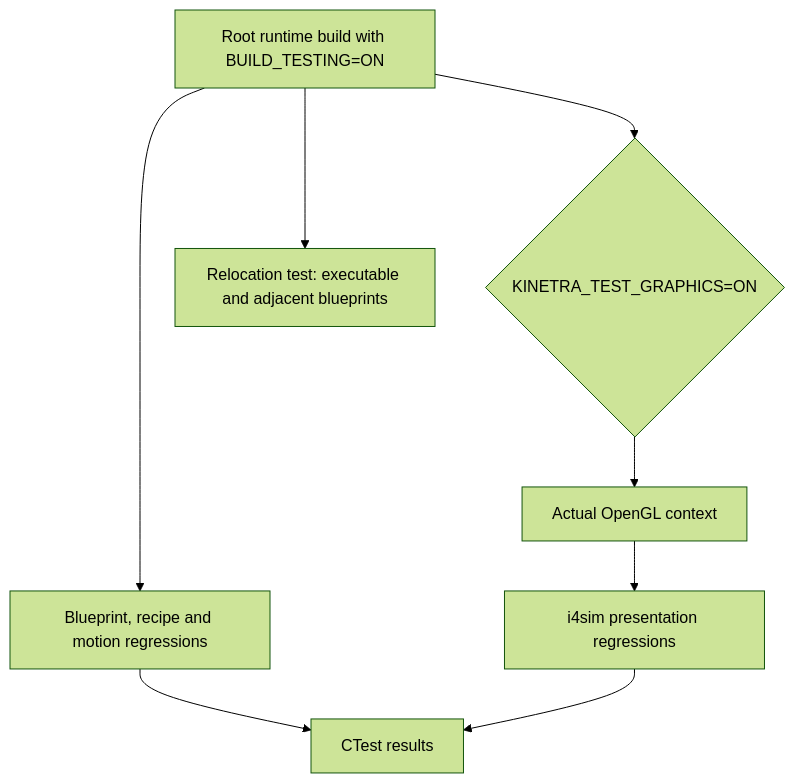
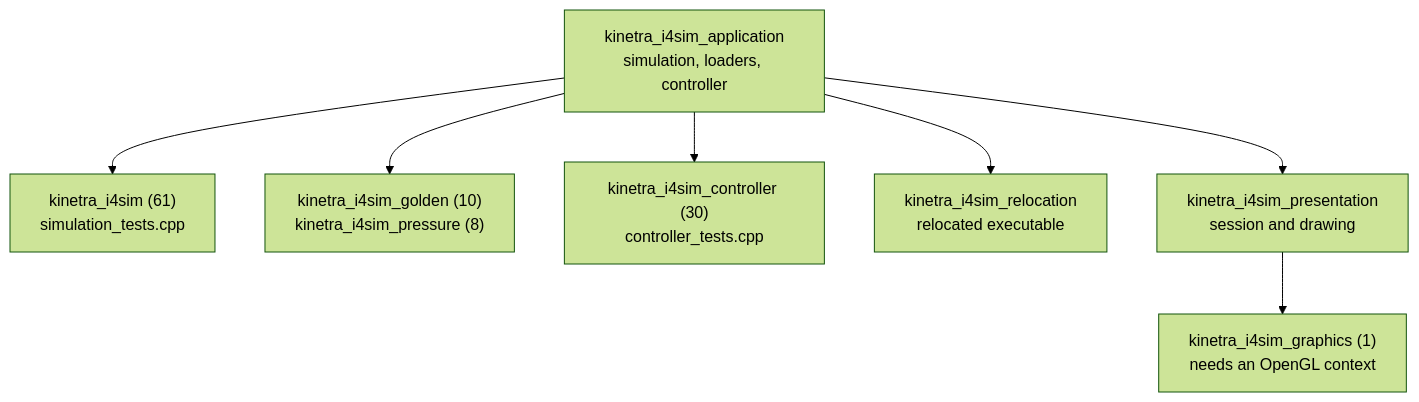
The diagram in labs/i4sim/tests/README.md (SMB-M87/Kinetra-Lab), drawn with Mermaid (forest theme) before and after one commit. The commit also changed other lines of this file and 4 other files, not shown here.

````diff
--- a/labs/i4sim/tests/README.md
+++ b/labs/i4sim/tests/README.md
@@ -17,10 +24,9 @@
 ```mermaid
 flowchart TD
-    Build["Root runtime build with BUILD_TESTING=ON"] --> Headless["Blueprint, recipe and motion regressions"]
-    Build --> Enabled{"KINETRA_TEST_GRAPHICS=ON"}
-    Enabled --> Context["Actual OpenGL context"]
-    Context --> Graphics["i4sim presentation regressions"]
-    Build --> Relocation["Relocation test: executable and adjacent blueprints"]
-    Headless --> CTest["CTest results"]
-    Graphics --> CTest
+    Logic["kinetra_i4sim_application<br/>simulation, loaders, controller"] --> Sim["kinetra_i4sim (61)<br/>simulation_tests.cpp"]
+    Logic --> Golden["kinetra_i4sim_golden (10)<br/>kinetra_i4sim_pressure (8)"]
+    Logic --> Controller["kinetra_i4sim_controller (30)<br/>controller_tests.cpp"]
+    Logic --> Relocation["kinetra_i4sim_relocation<br/>relocated executable"]
+    Presentation["kinetra_i4sim_presentation<br/>session and drawing"] --> Graphics["kinetra_i4sim_graphics (1)<br/>needs an OpenGL context"]
+    Logic --> Presentation
 ```
````
